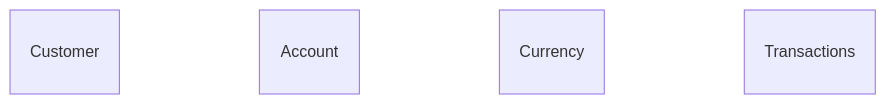
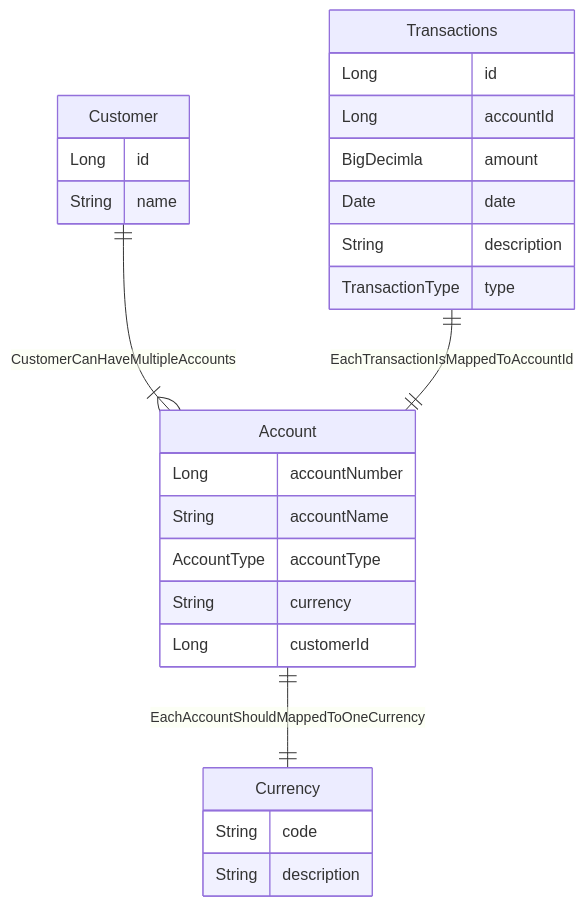
The diagram in README.md (gymneganesh/account), drawn with Mermaid before and after one commit. The commit also changed other lines of this file, not shown here.

Commit message:
NGT :  Added readme for the project

````diff
--- a/README.md
+++ b/README.md
@@ -20,20 +27,31 @@
 ```mermaid
     erDiagram
-        Customer 
+        Customer ||--|{ Account : CustomerCanHaveMultipleAccounts
             Customer {
-              
+              Long id
+              String name
             }
-        Account 
+        Account ||--|| Currency : EachAccountShouldMappedToOneCurrency
             Account {
-               
+               Long accountNumber
+               String accountName
+               AccountType accountType
+               String currency
+               Long customerId 
             }
         Currency 
             Currency {
-               
+               String code
+               String description
             }
-         Transactions 
+        Transactions ||--|| Account : EachTransactionIsMappedToAccountId
             Transactions {
-               
+               Long id
+               Long accountId
+               BigDecimla amount
+               Date date
+               String description
+               TransactionType type
             }
             
 ```
````
